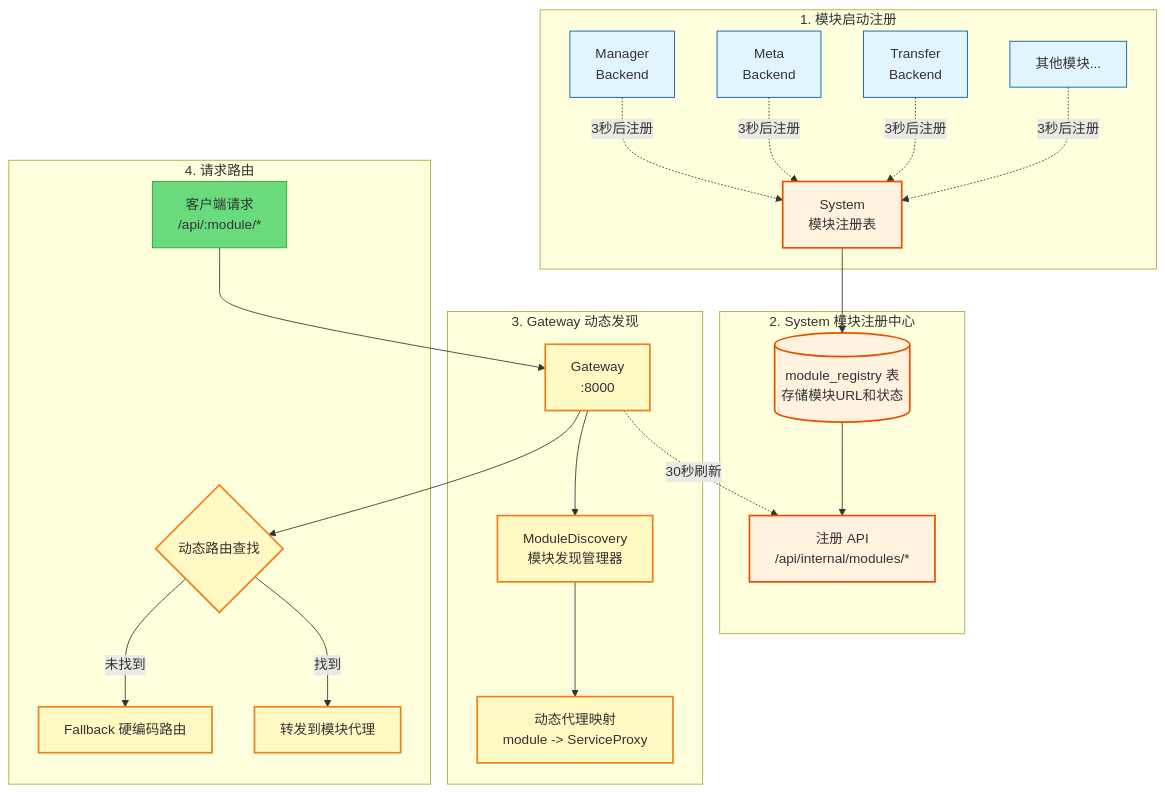
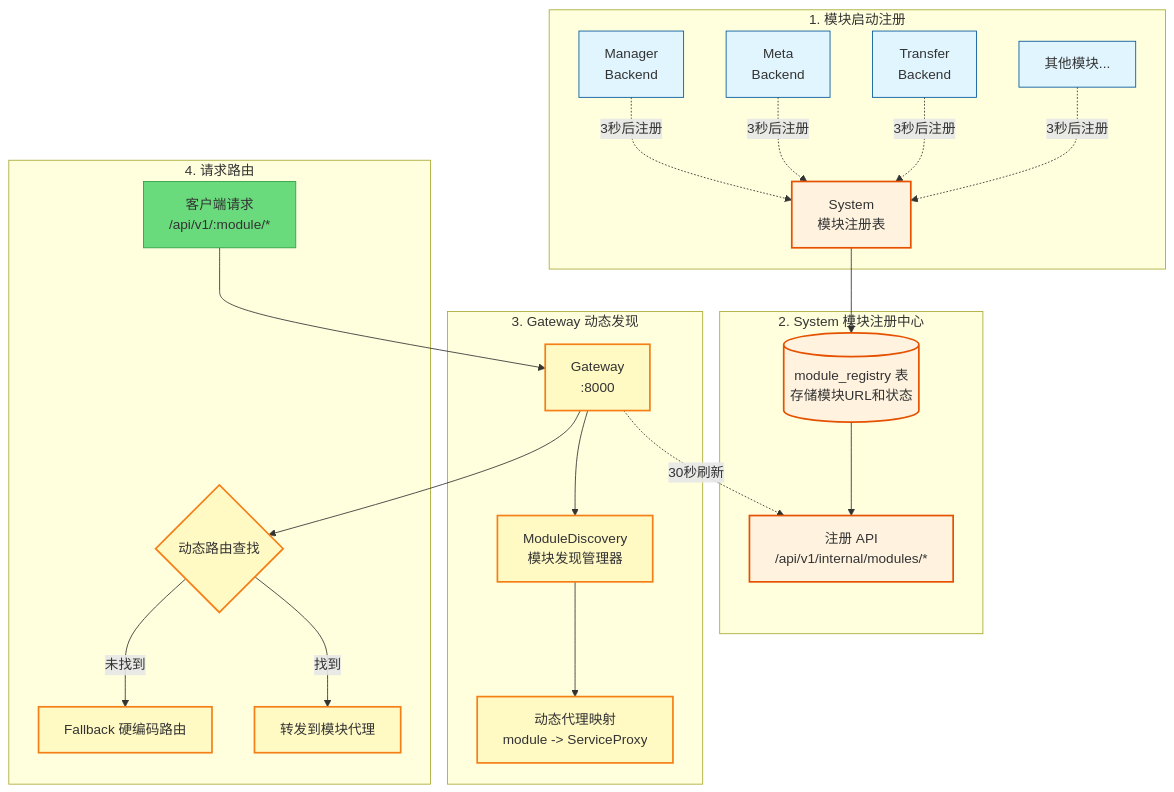
One commit to pampa0629/addp changed the sixth of 12 diagrams in docs/concepts/addp模块架构图.md. Above: the diagram before and after it, drawn with Mermaid. The commit also changed other lines of this file and 402 other files, not shown here.

````diff
--- a/docs/concepts/addp模块架构图.md
+++ b/docs/concepts/addp模块架构图.md
@@ -410,38 +410,38 @@
 ```mermaid
 graph TB
     subgraph "1. 模块启动注册"
         Manager[Manager<br/>Backend] -.3秒后注册.-> SystemReg[System<br/>模块注册表]
         Meta[Meta<br/>Backend] -.3秒后注册.-> SystemReg
         Transfer[Transfer<br/>Backend] -.3秒后注册.-> SystemReg
         Other[其他模块...] -.3秒后注册.-> SystemReg
     end
 
     subgraph "2. System 模块注册中心"
         SystemReg --> RegTable[(module_registry 表<br/>存储模块URL和状态)]
-        RegTable --> RegAPI[注册 API<br/>/api/internal/modules/*]
+        RegTable --> RegAPI[注册 API<br/>/api/v1/internal/modules/*]
     end
 
     subgraph "3. Gateway 动态发现"
         Gateway[Gateway<br/>:8000] -.30秒刷新.-> RegAPI
         Gateway --> Discovery[ModuleDiscovery<br/>模块发现管理器]
         Discovery --> Proxies[动态代理映射<br/>module -> ServiceProxy]
     end
 
     subgraph "4. 请求路由"
-        Client[客户端请求<br/>/api/:module/*] --> Gateway
+        Client[客户端请求<br/>/api/v1/:module/*] --> Gateway
         Gateway --> DynamicRoute{动态路由查找}
         DynamicRoute -->|找到| Forward[转发到模块代理]
         DynamicRoute -->|未找到| Fallback[Fallback 硬编码路由]
     end
 
     classDef backend fill:#e1f5ff,stroke:#01579b
     classDef system fill:#fff3e0,stroke:#e65100,stroke-width:2px
     classDef gateway fill:#fff9c4,stroke:#f57f17,stroke-width:2px
     classDef client fill:#69db7c,stroke:#2f9e44
     classDef infra fill:#fce4ec,stroke:#880e4f
 
     class Manager,Meta,Transfer,Other backend
     class SystemReg,RegTable,RegAPI system
     class Gateway,Discovery,Proxies,DynamicRoute,Forward,Fallback gateway
     class Client client
 ```
````
